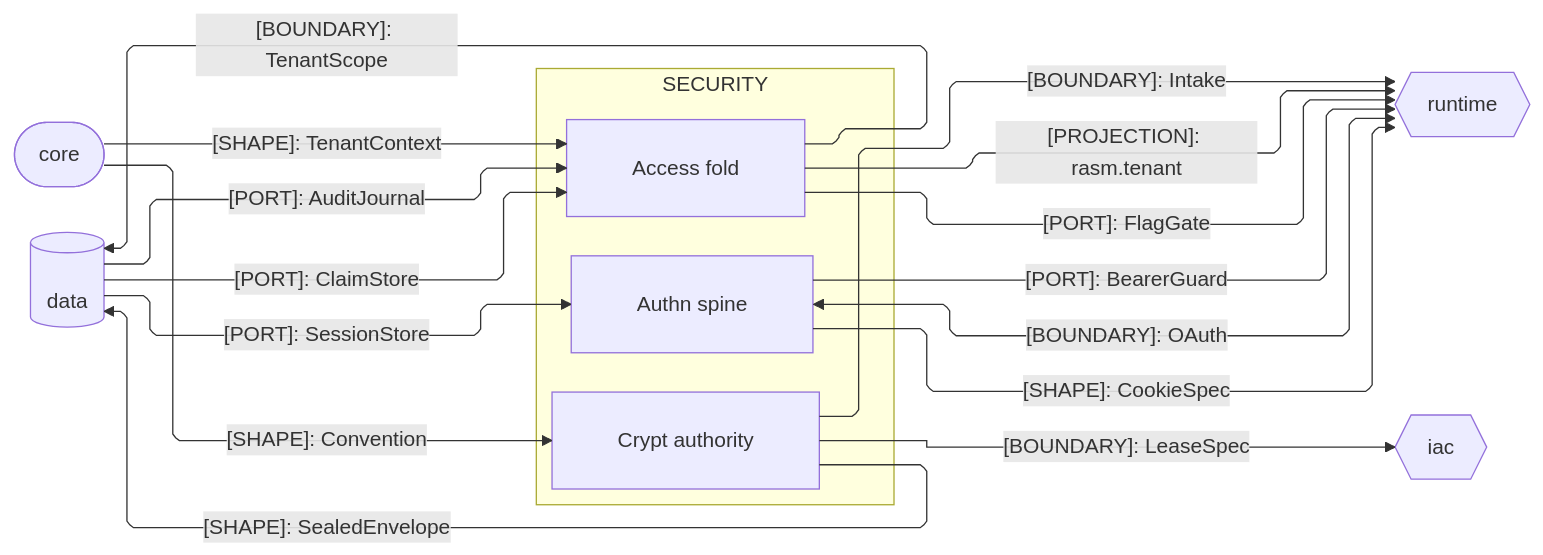
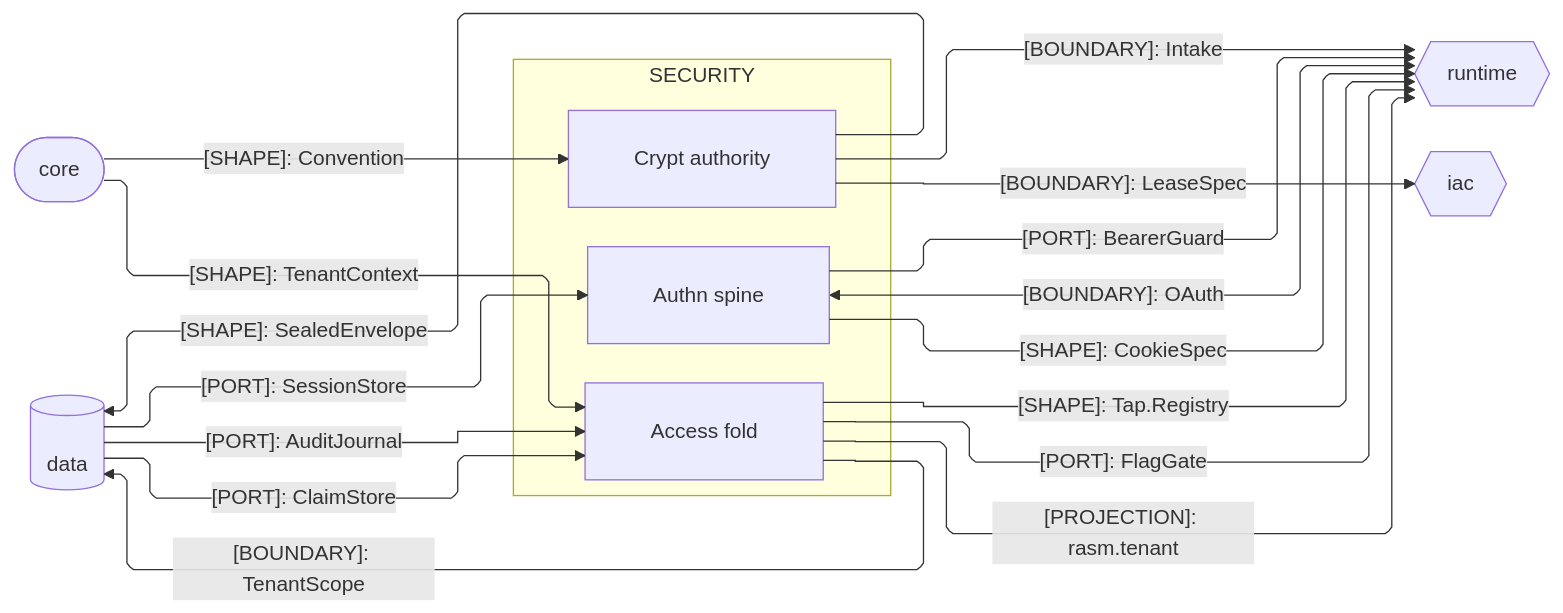
One commit to bsamiee/Rasm changed the second of 2 diagrams in libs/typescript/security/ARCHITECTURE.md. Above: the diagram before and after it, drawn with Mermaid. The commit also changed other lines of this file and 124 other files, not shown here.

First line of the commit message:
planning registries: ARCHITECTURE/README/IDEAS/TASKLOG/RULINGS + csproj, campaign-method, CLAUDE.md

````diff
--- a/libs/typescript/security/ARCHITECTURE.md
+++ b/libs/typescript/security/ARCHITECTURE.md
@@ -81,35 +81,36 @@
 ```mermaid
 ---
 config:
   layout: elk
   flowchart:
     curve: linear
     padding: 25
 ---
 flowchart LR
     accTitle: Security package seam registry
     accDescr: Security sub-domain owners exchanging identity, custody, tenancy, and telemetry contracts with the core, data, runtime, and IaC packages, edge rails colored by kind and nodes classed by seam direction.
     subgraph security[SECURITY]
         Crypt[Crypt authority]
         Authn[Authn spine]
         Access[Access fold]
     end
     Core([core])
     Data[(data)]
     Runtime{{runtime}}
     Iac{{iac}}
     Core e1@-->|"[SHAPE]: TenantContext"| Access
     Data e2@-->|"[PORT]: ClaimStore"| Access
     Access e3@-->|"[BOUNDARY]: TenantScope"| Data
     Data e4@-->|"[PORT]: SessionStore"| Authn
     Authn e5@-->|"[PORT]: BearerGuard"| Runtime
     Authn e6@<-->|"[BOUNDARY]: OAuth"| Runtime
     Authn e7@-->|"[SHAPE]: CookieSpec"| Runtime
     Crypt e8@-->|"[SHAPE]: SealedEnvelope"| Data
     Crypt e9@-->|"[BOUNDARY]: Intake"| Runtime
     Crypt e10@-->|"[BOUNDARY]: LeaseSpec"| Iac
     Access e11@-->|"[PORT]: FlagGate"| Runtime
     Core e12@-->|"[SHAPE]: Convention"| Crypt
     Access e13@-->|"[PROJECTION]: rasm.tenant"| Runtime
     Data e14@-->|"[PORT]: AuditJournal"| Access
+    Access e15@-->|"[SHAPE]: Tap.Registry"| Runtime
 ```
````
